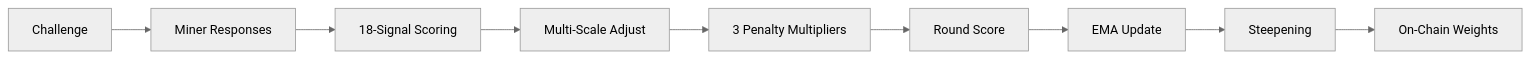
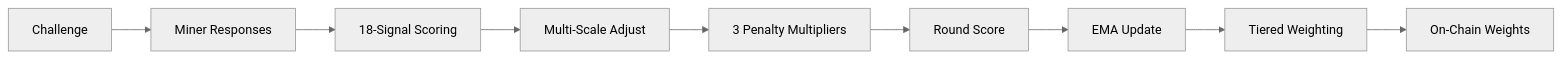
The second of 2 diagrams in README.md (borgg-dev/tuneforge), drawn with Mermaid (neutral theme) before and after one commit. The commit also changed other lines of this file and 11 other files, not shown here.

````diff
--- a/README.md
+++ b/README.md
@@ -243,11 +243,11 @@
 ```mermaid
 graph LR
     A[Challenge] --> B[Miner Responses]
     B --> C[18-Signal Scoring]
     C --> D[Multi-Scale Adjust]
     D --> E[3 Penalty Multipliers]
     E --> F[Round Score]
     F --> G[EMA Update]
-    G --> H[Steepening]
+    G --> H[Tiered Weighting]
     H --> I[On-Chain Weights]
 ```
````
